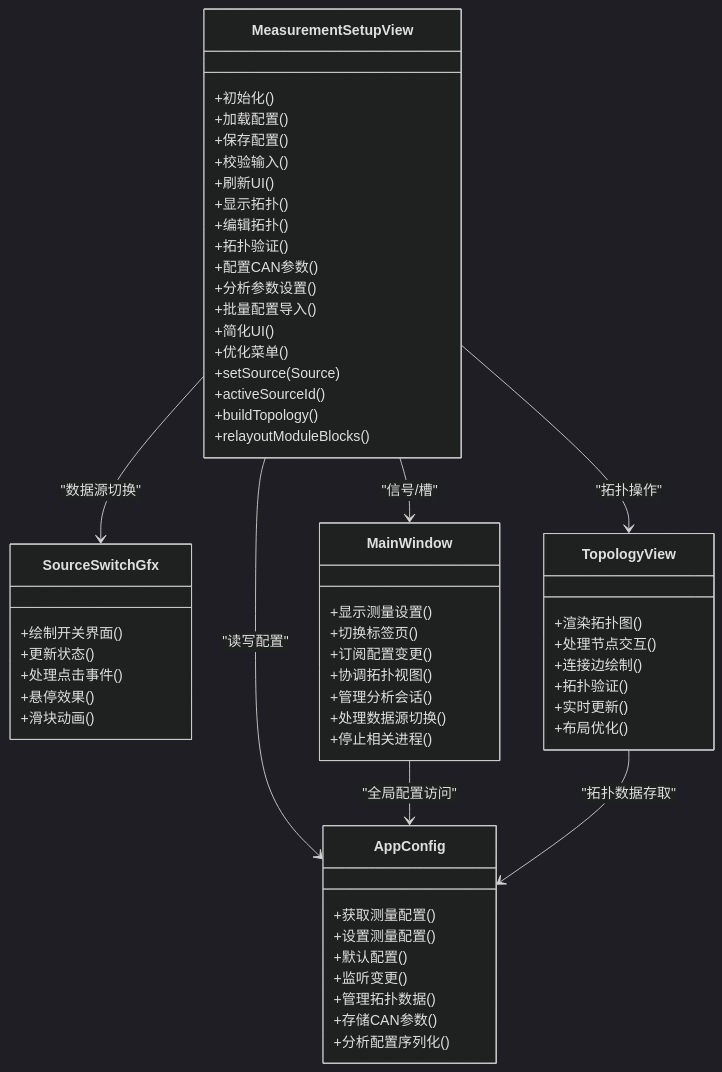
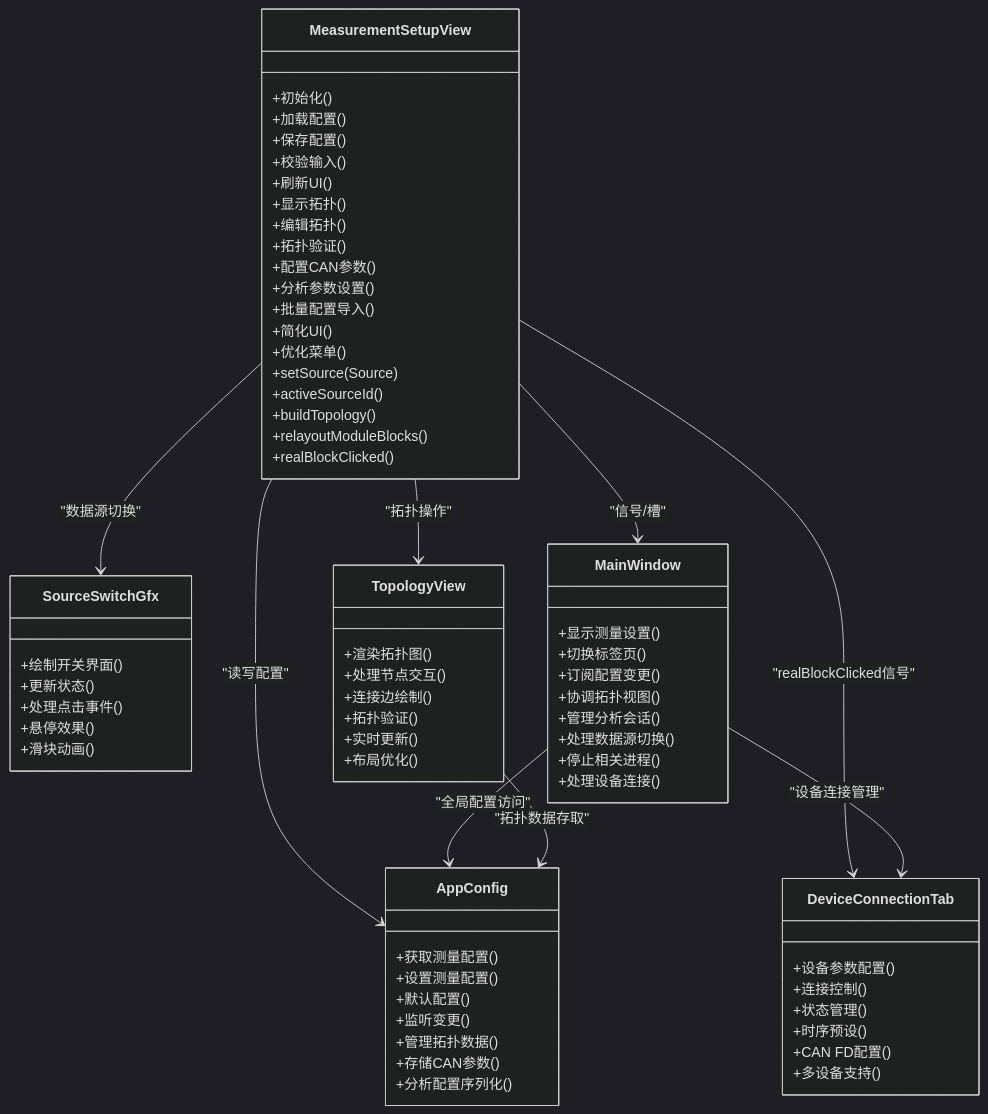
One commit to jakecai1225-design/OpenBus changed the second of 10 diagrams in .qoder/repowiki/zh/content/架构设计/UI系统设计/测量设置视图组件.md. Above: the diagram before and after it, drawn with Mermaid (dark theme). The commit also changed other lines of this file and 35 other files, not shown here.

````diff
--- a/.qoder/repowiki/zh/content/架构设计/UI系统设计/测量设置视图组件.md
+++ b/.qoder/repowiki/zh/content/架构设计/UI系统设计/测量设置视图组件.md
@@ -108,61 +120,73 @@
 ```mermaid
 classDiagram
 class MeasurementSetupView {
 +初始化()
 +加载配置()
 +保存配置()
 +校验输入()
 +刷新UI()
 +显示拓扑()
 +编辑拓扑()
 +拓扑验证()
 +配置CAN参数()
 +分析参数设置()
 +批量配置导入()
 +简化UI()
 +优化菜单()
 +setSource(Source)
 +activeSourceId()
 +buildTopology()
 +relayoutModuleBlocks()
++realBlockClicked()
+}
+class DeviceConnectionTab {
++设备参数配置()
++连接控制()
++状态管理()
++时序预设()
++CAN FD配置()
++多设备支持()
 }
 class SourceSwitchGfx {
 +绘制开关界面()
 +更新状态()
 +处理点击事件()
 +悬停效果()
 +滑块动画()
 }
 class MainWindow {
 +显示测量设置()
 +切换标签页()
 +订阅配置变更()
 +协调拓扑视图()
 +管理分析会话()
 +处理数据源切换()
 +停止相关进程()
++处理设备连接()
 }
 class AppConfig {
 +获取测量配置()
 +设置测量配置()
 +默认配置()
 +监听变更()
 +管理拓扑数据()
 +存储CAN参数()
 +分析配置序列化()
 }
 class TopologyView {
 +渲染拓扑图()
 +处理节点交互()
 +连接边绘制()
 +拓扑验证()
 +实时更新()
 +布局优化()
 }
 MeasurementSetupView --> MainWindow : "信号/槽"
+MeasurementSetupView --> DeviceConnectionTab : "realBlockClicked信号"
 MeasurementSetupView --> SourceSwitchGfx : "数据源切换"
 MeasurementSetupView --> AppConfig : "读写配置"
 MeasurementSetupView --> TopologyView : "拓扑操作"
 MainWindow --> AppConfig : "全局配置访问"
+MainWindow --> DeviceConnectionTab : "设备连接管理"
 Topolog yView --> AppConfig : "拓扑数据存取"
 ```
````
